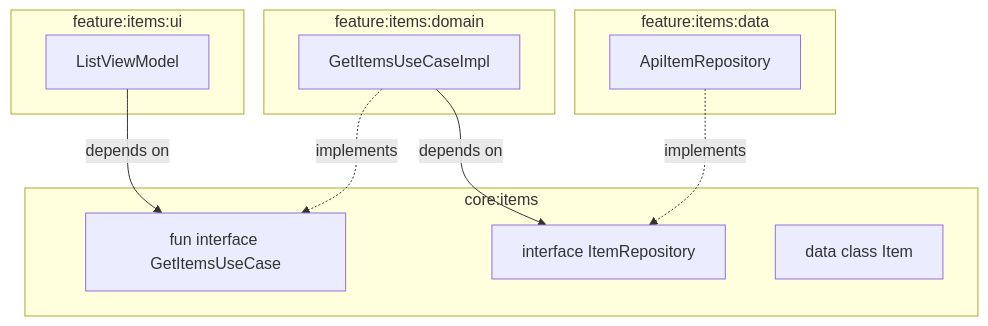
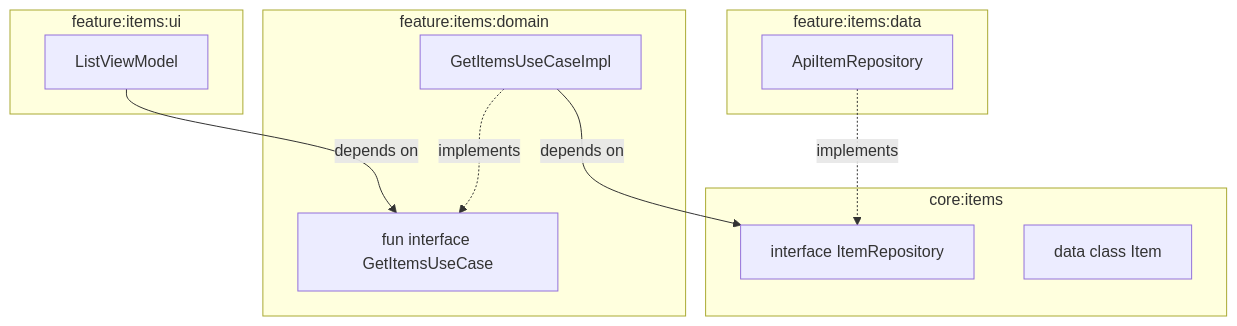
The seventh of 11 diagrams in README.md (Ashanen/Castociasto), drawn with Mermaid before and after one commit. The commit also changed other lines of this file, not shown here.

Commit message:
Update README: UI -> Domain <- Data diagrams, single-feature and cross-feature examples

````diff
--- a/README.md
+++ b/README.md
@@ -334,25 +326,25 @@
 ```mermaid
 graph TB
     subgraph "feature:items:ui"
         LVM[ListViewModel]
     end
 
     subgraph "feature:items:domain"
+        GIU[fun interface GetItemsUseCase]
         GIUI[GetItemsUseCaseImpl]
     end
 
     subgraph "feature:items:data"
         AIR[ApiItemRepository]
     end
 
     subgraph "core:items"
-        GIU[fun interface GetItemsUseCase]
         IR[interface ItemRepository]
         IM[data class Item]
     end
 
     LVM -->|depends on| GIU
     GIUI -.->|implements| GIU
     GIUI -->|depends on| IR
     AIR -.->|implements| IR
 ```
````
